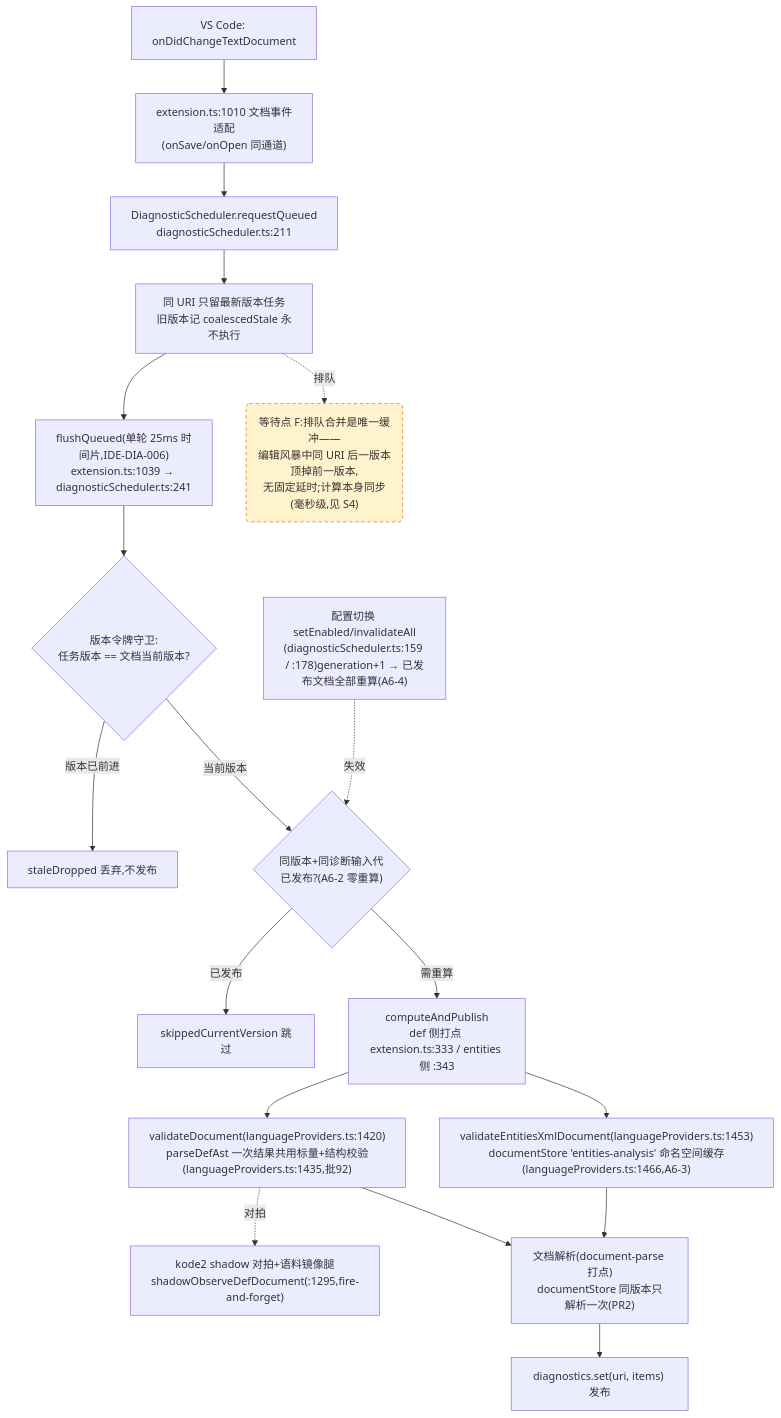
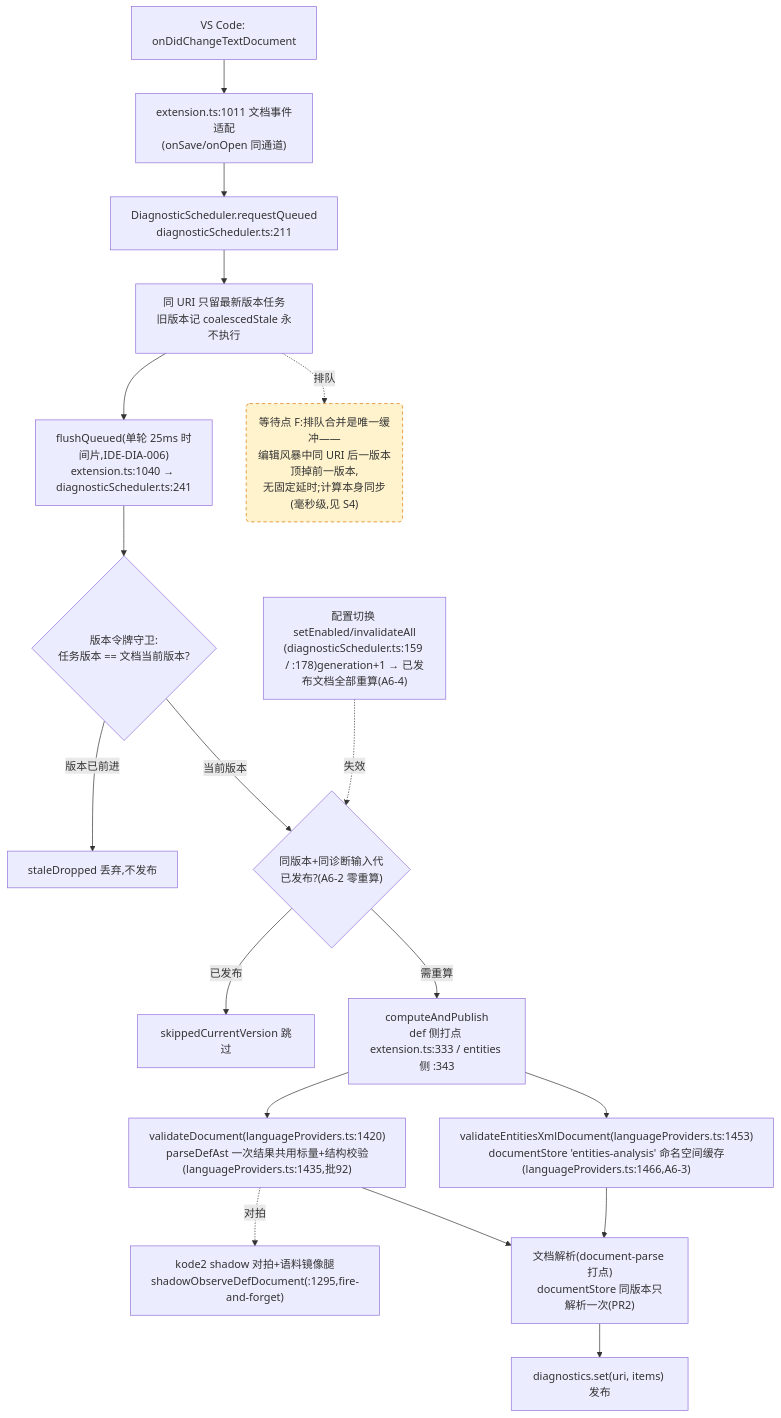
Before and after one commit to cuihairu/kode: the fourth of 4 diagrams in docs/perf/2026-baseline.md, drawn with Mermaid. The commit also changed other lines of this file and 6 other files, not shown here.

````diff
--- a/docs/perf/2026-baseline.md
+++ b/docs/perf/2026-baseline.md
@@ -214,38 +214,38 @@
 ```mermaid
 flowchart TD
   CHG["VS Code: onDidChangeTextDocument"]
-  WATCH["extension.ts:1010 文档事件适配<br/>(onSave/onOpen 同通道)"]
+  WATCH["extension.ts:1011 文档事件适配<br/>(onSave/onOpen 同通道)"]
   RQ["DiagnosticScheduler.requestQueued<br/>diagnosticScheduler.ts:211"]
   CO["同 URI 只留最新版本任务<br/>旧版本记 coalescedStale 永不执行"]
-  FL["flushQueued(单轮 25ms 时间片,IDE-DIA-006)<br/>extension.ts:1039 → diagnosticScheduler.ts:241"]
+  FL["flushQueued(单轮 25ms 时间片,IDE-DIA-006)<br/>extension.ts:1040 → diagnosticScheduler.ts:241"]
   VG{"版本令牌守卫:<br/>任务版本 == 文档当前版本?"}
   DROP["staleDropped 丢弃,不发布"]
   GEN{"同版本+同诊断输入代<br/>已发布?(A6-2 零重算)"}
   SKIP["skippedCurrentVersion 跳过"]
   CALC["computeAndPublish<br/>def 侧打点 extension.ts:333 / entities 侧 :343"]
   VD["validateDocument(languageProviders.ts:1420)<br/>parseDefAst 一次结果共用标量+结构校验(languageProviders.ts:1435,批92)"]
   VEX["validateEntitiesXmlDocument(languageProviders.ts:1453)<br/>documentStore 'entities-analysis' 命名空间缓存(languageProviders.ts:1466,A6-3)"]
   SHDD["kode2 shadow 对拍+语料镜像腿<br/>shadowObserveDefDocument(:1295,fire-and-forget)"]
   DS["文档解析(document-parse 打点)<br/>documentStore 同版本只解析一次(PR2)"]
   PUB["diagnostics.set(uri, items) 发布"]
   CFG2["配置切换 setEnabled/invalidateAll<br/>(diagnosticScheduler.ts:159 / :178)generation+1 → 已发布文档全部重算(A6-4)"]
 
   CHG --> WATCH --> RQ --> CO --> FL --> VG
   VG -- "版本已前进" --> DROP
   VG -- "当前版本" --> GEN
   GEN -- "已发布" --> SKIP
   GEN -- "需重算" --> CALC
   CALC --> VD
   CALC --> VEX
   VD --> DS
   VEX --> DS
   DS --> PUB
   VD -.->|对拍| SHDD
   CFG2 -.->|失效| GEN
 
   WAITF("等待点 F:排队合并是唯一缓冲——<br/>编辑风暴中同 URI 后一版本顶掉前一版本,<br/>无固定延时;计算本身同步(毫秒级,见 S4)")
   CO -.->|排队| WAITF
 
   classDef waitPoint fill:#fff3cd,stroke:#d97706,stroke-dasharray:5 4;
   class WAITF waitPoint;
 ```
````
